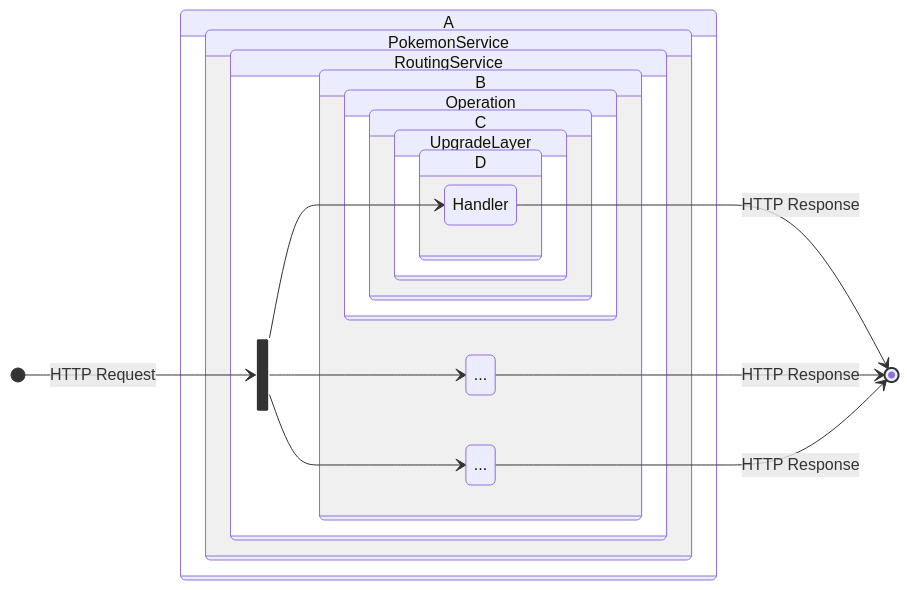
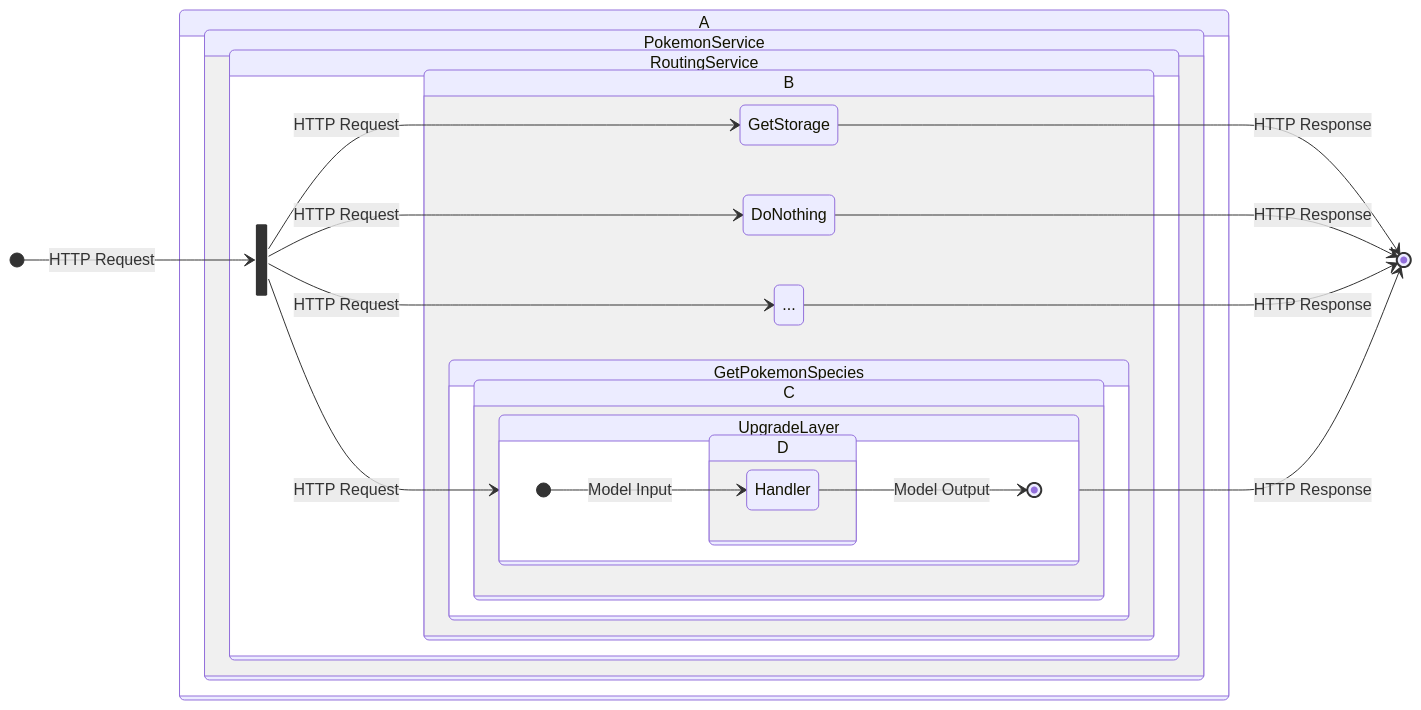
Before and after one commit to smithy-lang/smithy-rs: the diagram in design/src/server/middleware.md, drawn with Mermaid.

Commit message:
Improve diagram

````diff
--- a/design/src/server/middleware.md
+++ b/design/src/server/middleware.md
@@ -51,34 +51,41 @@
 ```mermaid
 stateDiagram-v2
-state in <<fork>>
-state "..." as C2
-state "..." as C3
+    state in <<fork>>
+    state "GetPokemonSpecies" as C1
+    state "GetStorage" as C2
+    state "DoNothing" as C3
+    state "..." as C4
     direction LR
     [*] --> in : HTTP Request
-    Handler --> [*]: HTTP Response
-    C2 --> [*]: HTTP Response
-    C3 --> [*]: HTTP Response
+    UpgradeLayer --> [*]: HTTP Response
     state A {
         state PokemonService {
             state RoutingService {
-                in --> Handler
-                in --> C2
-
-                in --> C3
+                in --> UpgradeLayer: HTTP Request
+                in --> C2: HTTP Request
+                in --> C3: HTTP Request
+                in --> C4: HTTP Request
                 state B {
-                    state Operation {
+                    state C1 {
                         state C {
                             state UpgradeLayer {
+                                direction LR
+                                [*] --> Handler: Model Input
+                                Handler --> [*] : Model Output
                                 state D {
                                     Handler
                                 }
                             }
                         }
                     }
                     C2
                     C3
+                    C4
                 }
             }
         }
     }
+    C2 --> [*]: HTTP Response
+    C3 --> [*]: HTTP Response
+    C4 --> [*]: HTTP Response
 ```
````
